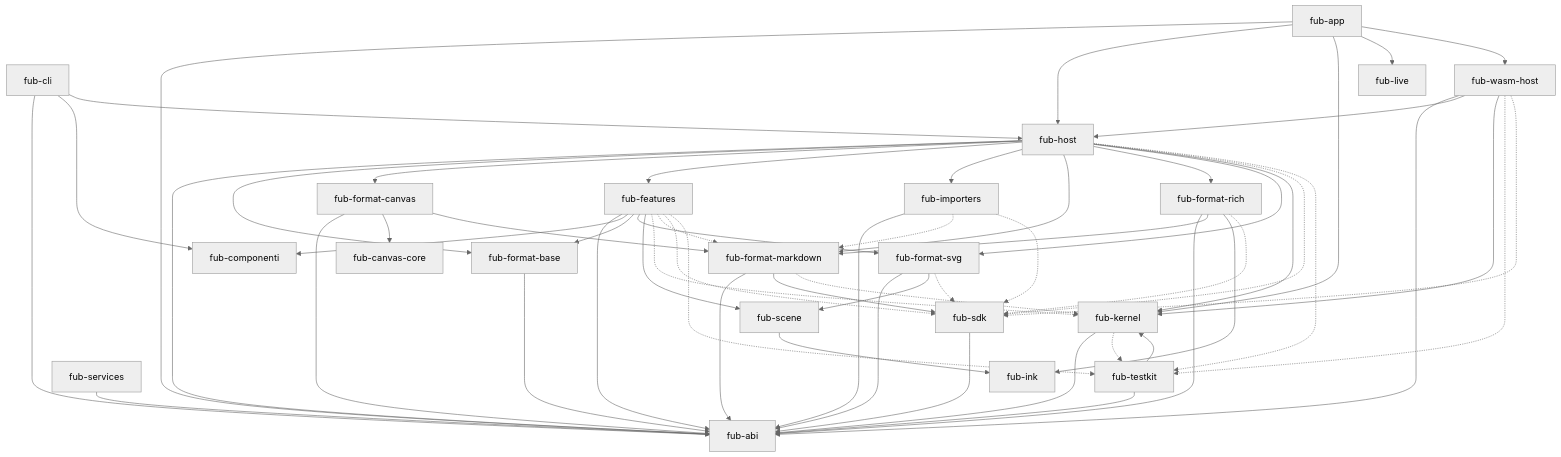
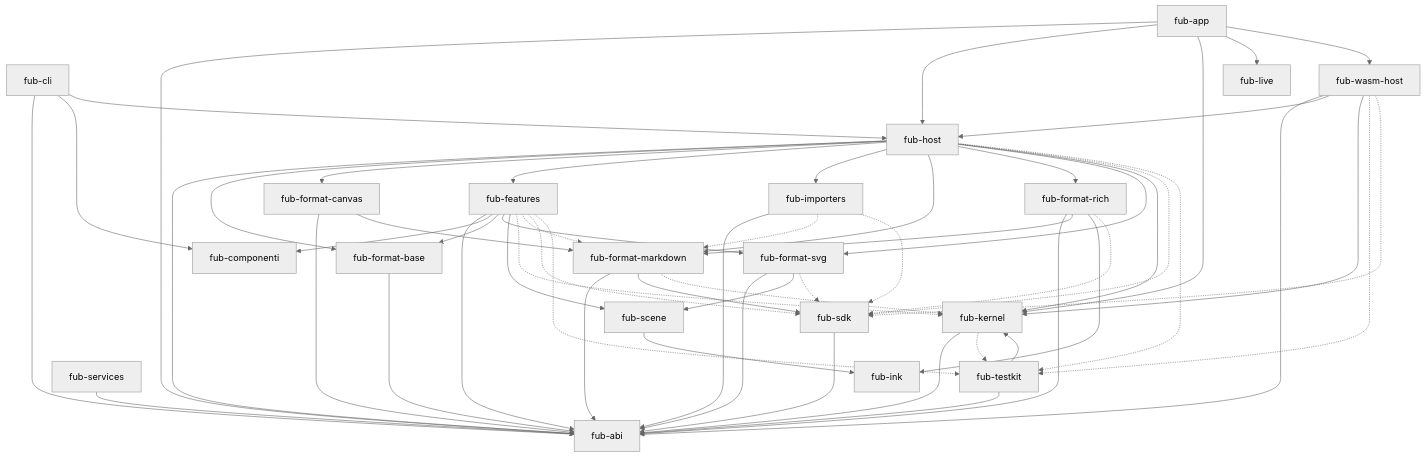
One commit to Fubeo/Fub changed the first of 5 diagrams in docs/architecture/overview.md. Above: the diagram before and after it, drawn with Mermaid (neutral theme). The commit also changed other lines of this file and 1 other file, not shown here.

Commit message:
docs(canvas): il nucleo della lavagna in un blocco suo del grafo

```diff
--- a/docs/architecture/overview.md
+++ b/docs/architecture/overview.md
@@ -37,7 +37,6 @@
     markdown["fub-format-markdown"]
     base["fub-format-base"]
     canvas["fub-format-canvas"]
-    canvascore["fub-canvas-core"]
     svg["fub-format-svg"]
     scene["fub-scene"]
     ink["fub-ink"]
@@ -73,7 +72,6 @@
     services --> abi
     base --> abi
     canvas --> abi
-    canvas --> canvascore
     canvas --> markdown
     rich --> abi
     rich --> markdown
```
